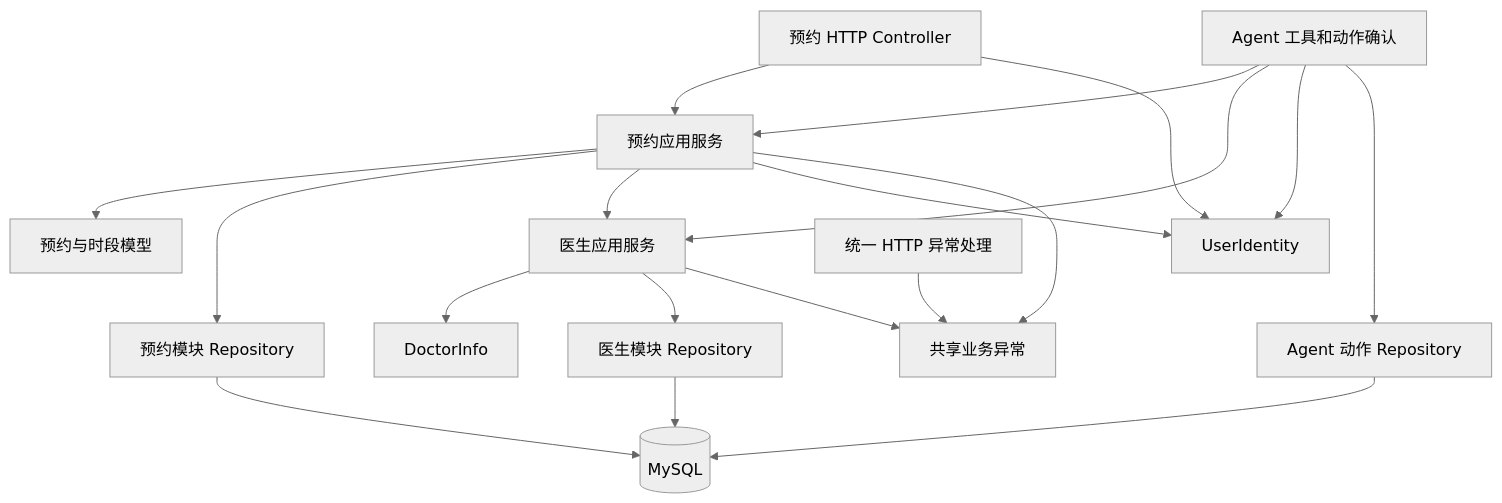
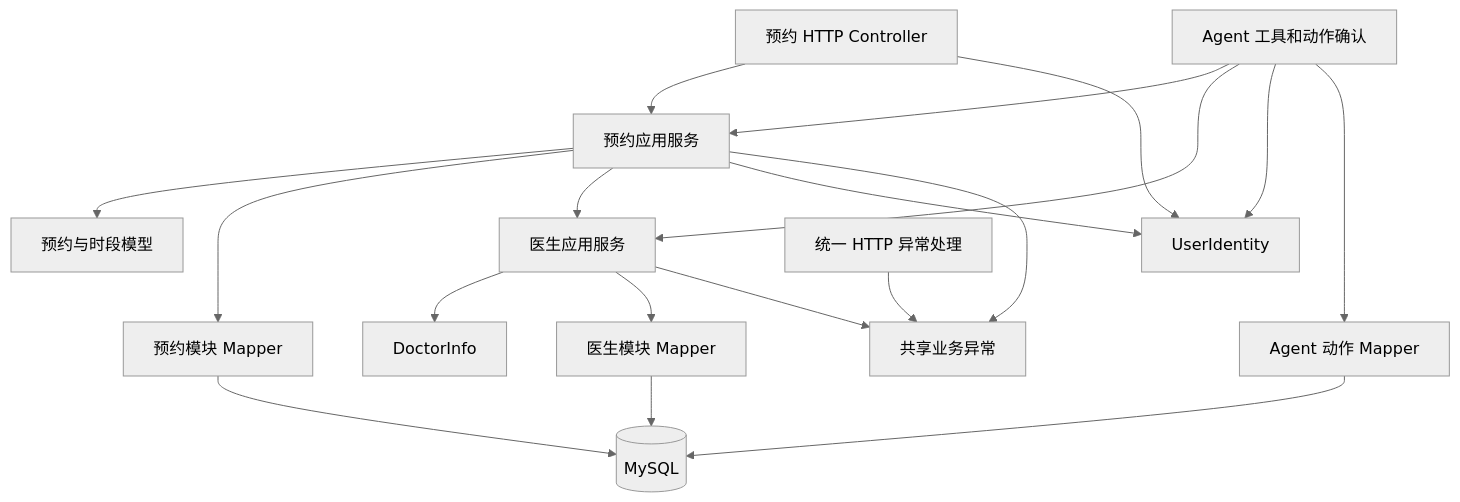
Before and after one commit to op1ed/appointment-manager: the first of 2 diagrams in docs/architecture.md, drawn with Mermaid (neutral theme). The commit also changed other lines of this file and 38 other files, not shown here.

````diff
--- a/docs/architecture.md
+++ b/docs/architecture.md
@@ -93,21 +93,21 @@
 ```mermaid
 flowchart TD
     HTTP[预约 HTTP Controller] --> APP[预约应用服务]
     TOOLS[Agent 工具和动作确认] --> APP
     TOOLS --> DOCTOR
     TOOLS --> IDENTITY
-    TOOLS --> ACTIONS[Agent 动作 Repository]
+    TOOLS --> ACTIONS[Agent 动作 Mapper]
     ACTIONS --> MYSQL
     APP --> DOMAIN[预约与时段模型]
-    APP --> REPO[预约模块 Repository]
+    APP --> MAPPER[预约模块 Mapper]
     APP --> DOCTOR[医生应用服务]
     HTTP --> IDENTITY[UserIdentity]
     APP --> IDENTITY
     DOCTOR --> INFO[DoctorInfo]
-    DOCTOR --> DREPO[医生模块 Repository]
-    REPO --> MYSQL[(MySQL)]
-    DREPO --> MYSQL
+    DOCTOR --> DMAPPER[医生模块 Mapper]
+    MAPPER --> MYSQL[(MySQL)]
+    DMAPPER --> MYSQL
     WEBERROR[统一 HTTP 异常处理] --> ERROR[共享业务异常]
     APP --> ERROR
     DOCTOR --> ERROR
 ```
````
